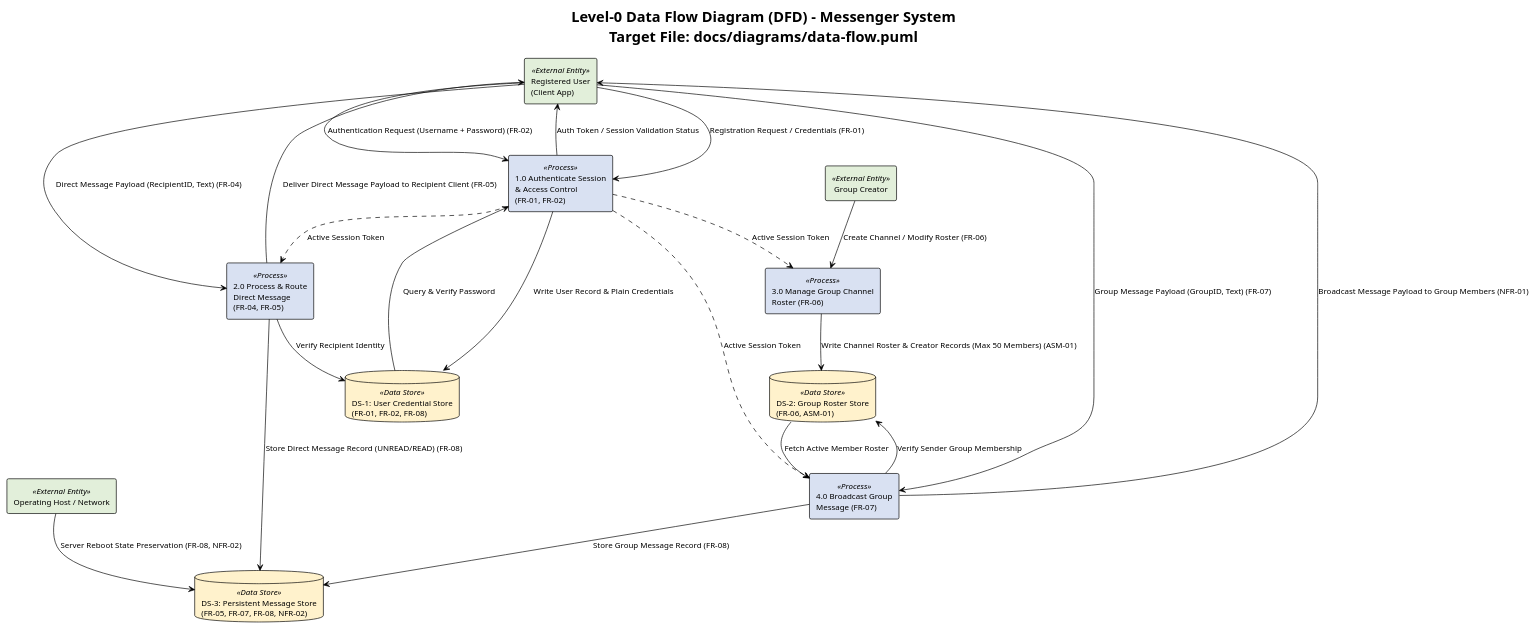
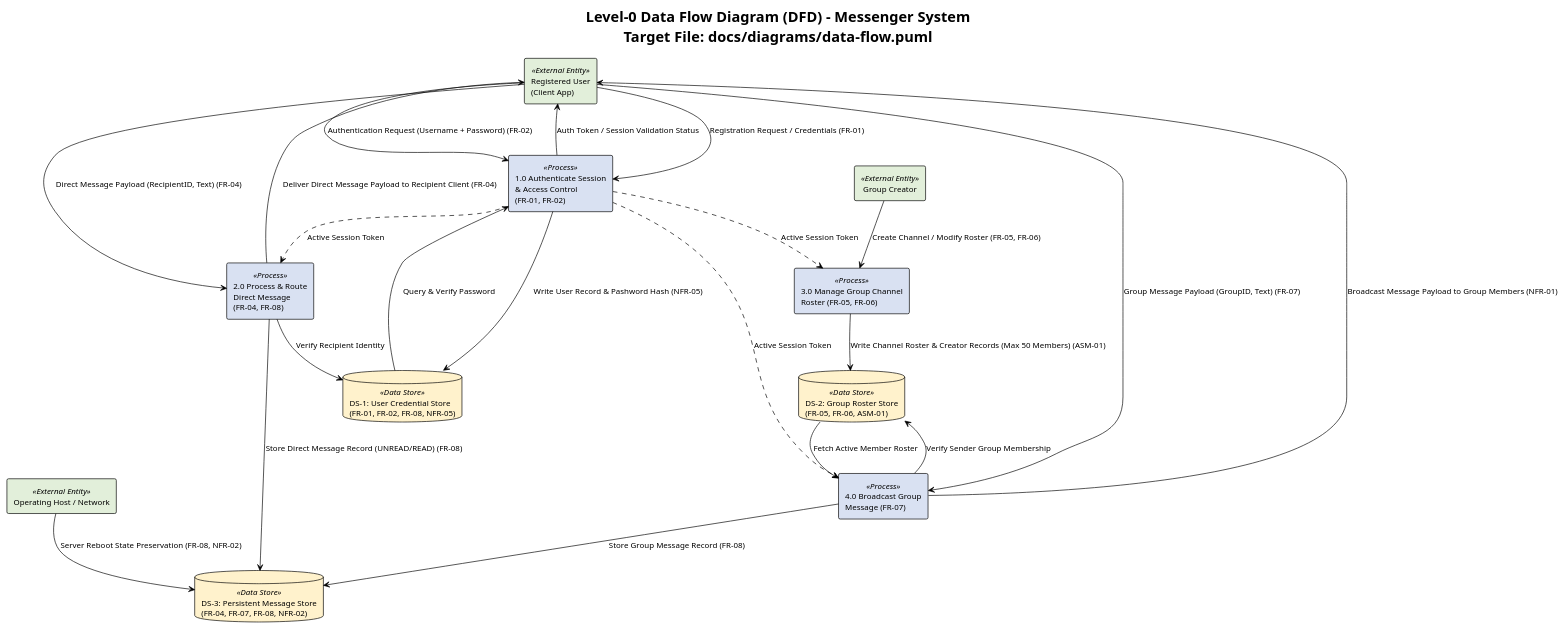
The diagram in Messenger-App-Assignment/docs/diagrams/data-flow.puml (swearingenl1/CPS-490-Capstone), drawn with PlantUML before and after one commit. The commit also changed 1 other file, not shown here.

Commit message:
Final consistency updates for both diagrams

```diff
--- a/Messenger-App-Assignment/docs/diagrams/data-flow.puml
+++ b/Messenger-App-Assignment/docs/diagrams/data-flow.puml
@@ -1,67 +1,67 @@
 @startuml data-flow
 !theme plain
 skinparam ComponentStyle rectangle
 skinparam backgroundColor #FFFFFF
 skinparam shadowing false
 skinparam defaultFontName Arial
 skinparam defaultFontSize 12
 
 title Level-0 Data Flow Diagram (DFD) - Messenger System\nTarget File: docs/diagrams/data-flow.puml
 
 ' ============================================================================
 ' EXTERNAL ENTITIES
 ' ============================================================================
 rectangle "Registered User\n(Client App)" as User <<External Entity>> #E2EFDA
 rectangle "Group Creator" as GroupAdmin <<External Entity>> #E2EFDA
 rectangle "Operating Host / Network" as HostEnv <<External Entity>> #E2EFDA
 
 ' ============================================================================
 ' PROCESSES
 ' ============================================================================
 rectangle "1.0 Authenticate Session\n& Access Control\n(FR-01, FR-02)" as P1 <<Process>> #D9E1F2
-rectangle "2.0 Process & Route\nDirect Message\n(FR-04, FR-05)" as P2 <<Process>> #D9E1F2
-rectangle "3.0 Manage Group Channel\nRoster (FR-06)" as P3 <<Process>> #D9E1F2
+rectangle "2.0 Process & Route\nDirect Message\n(FR-04, FR-08)" as P2 <<Process>> #D9E1F2
+rectangle "3.0 Manage Group Channel\nRoster (FR-05, FR-06)" as P3 <<Process>> #D9E1F2
 rectangle "4.0 Broadcast Group\nMessage (FR-07)" as P4 <<Process>> #D9E1F2
 
 ' ============================================================================
 ' DATA STORES
 ' ============================================================================
-database "DS-1: User Credential Store\n(FR-01, FR-02, FR-08)" as DS1 <<Data Store>> #FFF2CC
-database "DS-2: Group Roster Store\n(FR-06, ASM-01)" as DS2 <<Data Store>> #FFF2CC
-database "DS-3: Persistent Message Store\n(FR-05, FR-07, FR-08, NFR-02)" as DS3 <<Data Store>> #FFF2CC
+database "DS-1: User Credential Store\n(FR-01, FR-02, FR-08, NFR-05)" as DS1 <<Data Store>> #FFF2CC
+database "DS-2: Group Roster Store\n(FR-05, FR-06, ASM-01)" as DS2 <<Data Store>> #FFF2CC
+database "DS-3: Persistent Message Store\n(FR-04, FR-07, FR-08, NFR-02)" as DS3 <<Data Store>> #FFF2CC
 
 ' ============================================================================
 ' DATA FLOWS
 ' ============================================================================
 
 ' Process 1.0 Flows (Authentication & Session)
 User --> P1 : Registration Request / Credentials (FR-01)
 User --> P1 : Authentication Request (Username + Password) (FR-02)
-P1 --> DS1 : Write User Record & Plain Credentials
+P1 --> DS1 : Write User Record & Pashword Hash (NFR-05)
 DS1 --> P1 : Query & Verify Password
 P1 --> User : Auth Token / Session Validation Status
 
 ' Process 2.0 Flows (Direct Messaging)
 User --> P2 : Direct Message Payload (RecipientID, Text) (FR-04)
 P1 ..> P2 : Active Session Token
 P2 --> DS1 : Verify Recipient Identity
 P2 --> DS3 : Store Direct Message Record (UNREAD/READ) (FR-08)
-P2 --> User : Deliver Direct Message Payload to Recipient Client (FR-05)
+P2 --> User : Deliver Direct Message Payload to Recipient Client (FR-04)
 
 ' Process 3.0 Flows (Group Management)
-GroupAdmin --> P3 : Create Channel / Modify Roster (FR-06)
+GroupAdmin --> P3 : Create Channel / Modify Roster (FR-05, FR-06)
 P1 ..> P3 : Active Session Token
 P3 --> DS2 : Write Channel Roster & Creator Records (Max 50 Members) (ASM-01)
 
 ' Process 4.0 Flows (Group Broadcast)
 User --> P4 : Group Message Payload (GroupID, Text) (FR-07)
 P1 ..> P4 : Active Session Token
 P4 --> DS2 : Verify Sender Group Membership
 DS2 --> P4 : Fetch Active Member Roster
 P4 --> DS3 : Store Group Message Record (FR-08)
 P4 --> User : Broadcast Message Payload to Group Members (NFR-01)
 
 ' System / Host Environment Flow
 HostEnv --> DS3 : Server Reboot State Preservation (FR-08, NFR-02)
 
 @enduml
```
